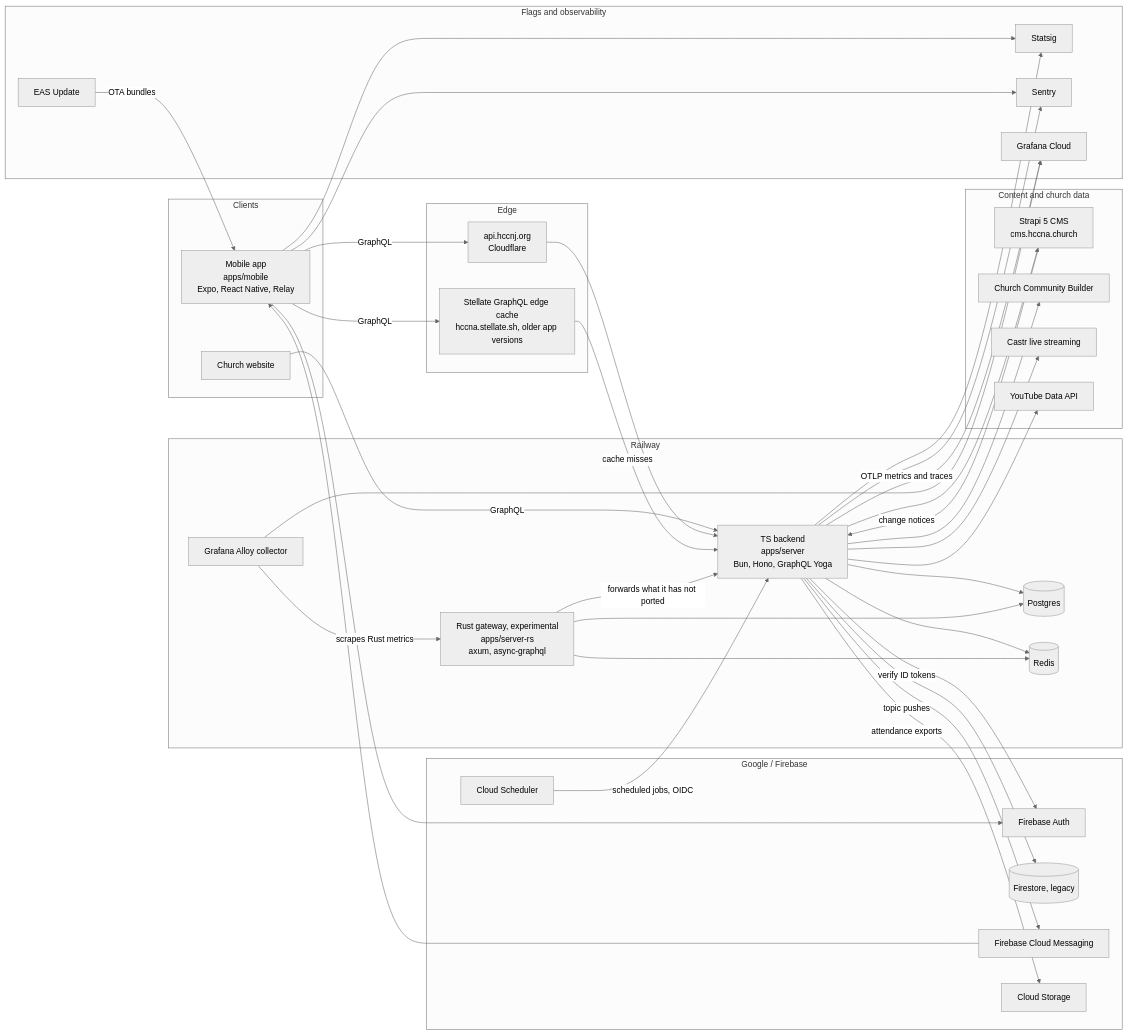
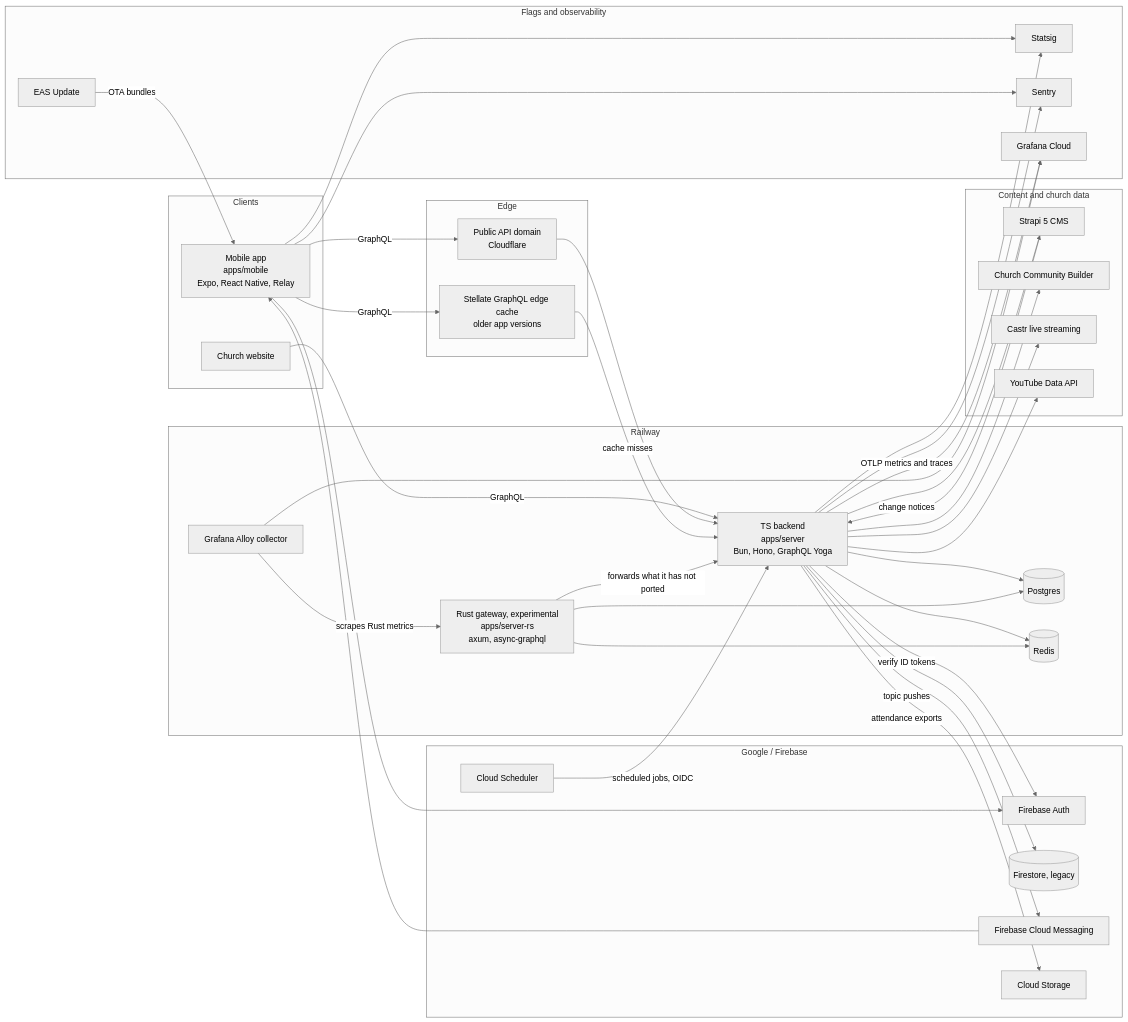
One commit to Jibz1/hccna-app changed the first of 2 diagrams in docs/architecture.md. Above: the diagram before and after it, drawn with Mermaid (neutral theme). The commit also changed 9 other files, not shown here.

````diff
--- a/docs/architecture.md
+++ b/docs/architecture.md
@@ -11,77 +11,77 @@
 ```mermaid
 flowchart LR
     subgraph Clients
         App["Mobile app<br/>apps/mobile<br/>Expo, React Native, Relay"]
         Web["Church website"]
     end
 
     subgraph Edge
-        CF["api.hccnj.org<br/>Cloudflare"]
-        Stellate["Stellate GraphQL edge cache<br/>hccna.stellate.sh, older app versions"]
+        CF["Public API domain<br/>Cloudflare"]
+        Stellate["Stellate GraphQL edge cache<br/>older app versions"]
     end
 
     subgraph Hosting["Railway"]
         TS["TS backend<br/>apps/server<br/>Bun, Hono, GraphQL Yoga"]
         RS["Rust gateway, experimental<br/>apps/server-rs<br/>axum, async-graphql"]
         PG[("Postgres")]
         Redis[("Redis")]
         Alloy["Grafana Alloy collector"]
     end
 
     subgraph Content["Content and church data"]
-        CMS["Strapi 5 CMS<br/>cms.hccna.church"]
+        CMS["Strapi 5 CMS"]
         CCB["Church Community Builder"]
         Castr["Castr live streaming"]
         YT["YouTube Data API"]
     end
 
     subgraph Google["Google / Firebase"]
         Auth["Firebase Auth"]
         FS[("Firestore, legacy")]
         FCM["Firebase Cloud Messaging"]
         GCS["Cloud Storage"]
         Sched["Cloud Scheduler"]
     end
 
     subgraph Ops["Flags and observability"]
         Statsig["Statsig"]
         Sentry["Sentry"]
         Grafana["Grafana Cloud"]
         EAS["EAS Update"]
     end
 
     App -->|GraphQL| CF
     App -->|GraphQL| Stellate
     Web -->|GraphQL| TS
     CF --> TS
     Stellate -->|cache misses| TS
     RS -->|forwards what it has not ported| TS
 
     TS --> PG
     TS --> Redis
     RS --> PG
     RS --> Redis
 
     TS --> CMS
     TS --> CCB
     TS --> Castr
     TS --> YT
     CMS -->|change notices| TS
 
     App --> Auth
     TS -->|verify ID tokens| Auth
     TS --> FS
     TS -->|topic pushes| FCM
     FCM --> App
     TS -->|attendance exports| GCS
     Sched -->|scheduled jobs, OIDC| TS
 
     App --> Statsig
     TS --> Statsig
     App --> Sentry
     TS --> Sentry
     TS -->|OTLP metrics and traces| Grafana
     Alloy -->|scrapes Rust metrics| RS
     Alloy --> Grafana
     EAS -->|OTA bundles| App
 ```
````
